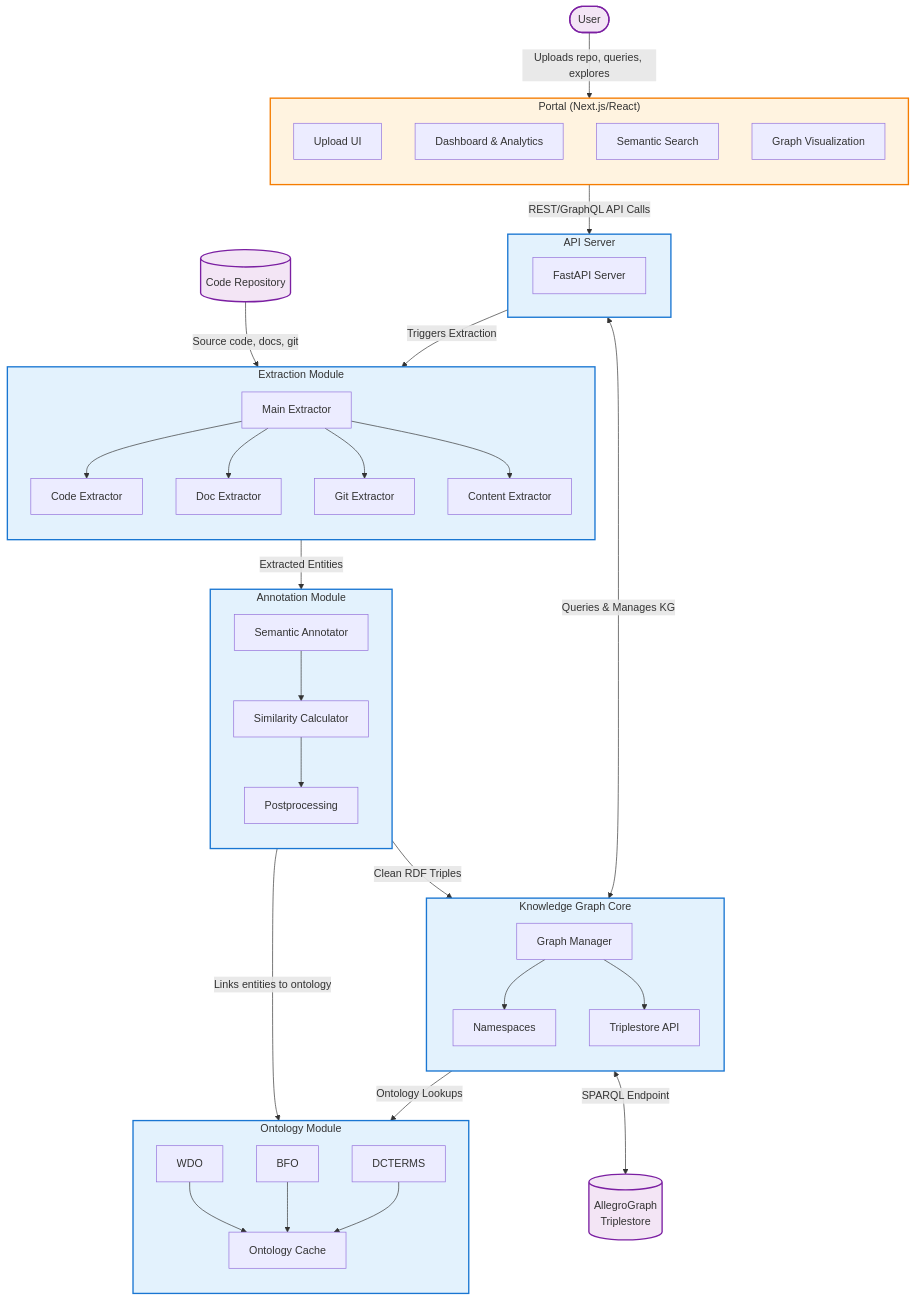
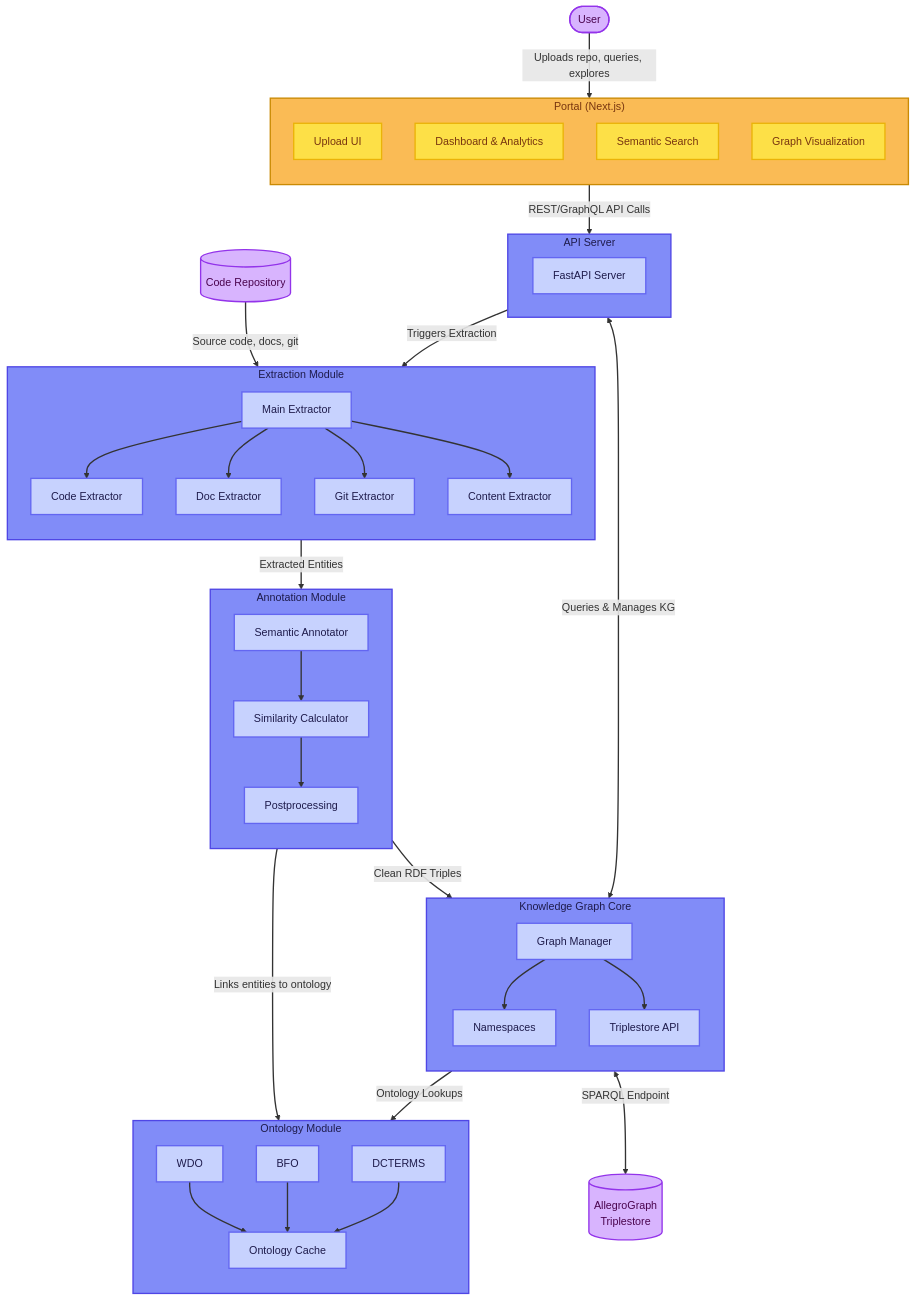
Before and after one commit to shama-llama/semantic-web-kms: the diagram in README.md, drawn with Mermaid.

````diff
--- a/README.md
+++ b/README.md
@@ -33,9 +33,20 @@
 ```mermaid
 flowchart TD
-    %% Style Definitions
-    classDef backend fill:#e3f2fd,stroke:#1976d2,stroke-width:2px;
-    classDef frontend fill:#fff3e0,stroke:#f57c00,stroke-width:2px;
-    classDef external fill:#f3e5f5,stroke:#7b1fa2,stroke-width:2px;
+    %% Style Definitions for a Two-Tone, Light/Dark Mode Compatible Theme
+
+    %% Outer Container Styles (Darker)
+    classDef backend-container fill:#818cf8,stroke:#4f46e5,color:#1e1b4b,stroke-width:2px;
+    classDef frontend-container fill:#fabb55,stroke:#ca8a04,color:#78350f,stroke-width:2px;
+
+    %% Inner Node Styles (Lighter)
+    classDef backend-inner fill:#c7d2fe,stroke:#6366f1,color:#1e1b4b,stroke-width:2px;
+    classDef frontend-inner fill:#fde047,stroke:#eab308,color:#78350f,stroke-width:2px;
+    
+    %% External Node Style (Single Tone)
+    classDef external fill:#d8b4fe,stroke:#9333ea,color:#4a044e,stroke-width:2px;
+
+    %% Link style with BLUE arrows for high contrast in both modes
+    linkStyle default stroke:#605fa,stroke-width:2px;
 
     %% External Actors & Data Sources
     user([User])
@@ -45,7 +56,7 @@
     %% Main Vertical Flow
     user -->|"Uploads repo, queries, explores"| Portal
     
-    subgraph Portal["Portal (Next.js/React)"]
+    subgraph Portal["Portal (Next.js)"]
         direction TB
         upload[Upload UI]
         dashboard[Dashboard & Analytics]
@@ -111,8 +122,16 @@
     API <-->|"Queries & Manages KG"| KnowledgeGraph
 
 
-    %% Apply Styling
-    class Extraction,Annotation,Ontology,KnowledgeGraph,API backend;
-    class Portal frontend;
-    class repo,allegrograph,user external;
+    %% Apply Styling to Containers and Nodes Separately
+    
+    %% 1. Style external elements
+    class user,repo,allegrograph external;
+    
+    %% 2. Style the INNER nodes with the lighter classes
+    class upload,dashboard,search,graphviz frontend-inner;
+    class api_server,ext_main,ext_code,ext_doc,ext_git,ext_content,annotator,sim_calc,postproc,graph_manager,namespaces,triplestore,ontology_cache,wdo,bfo,dcterms backend-inner;
+
+    %% 3. Style the OUTER subgraph containers with the darker classes
+    class Portal frontend-container;
+    class API,Extraction,Annotation,KnowledgeGraph,Ontology backend-container;
 ```
````
